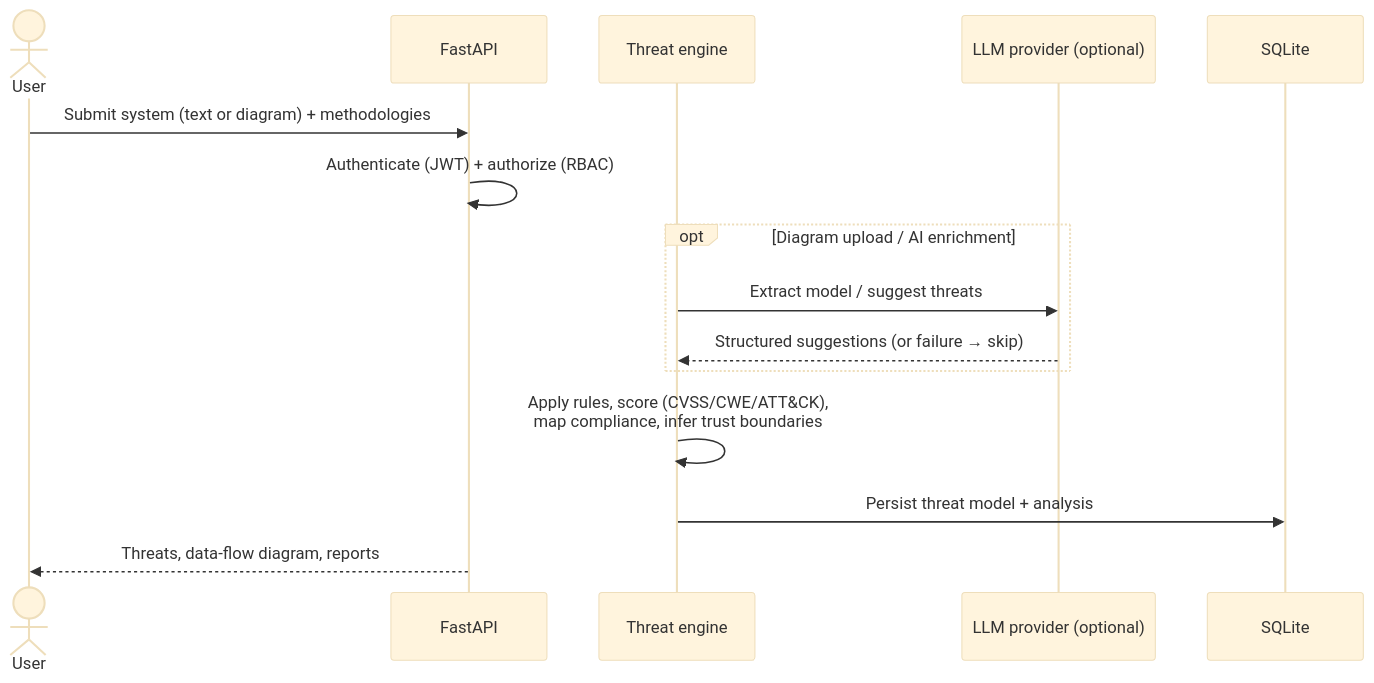
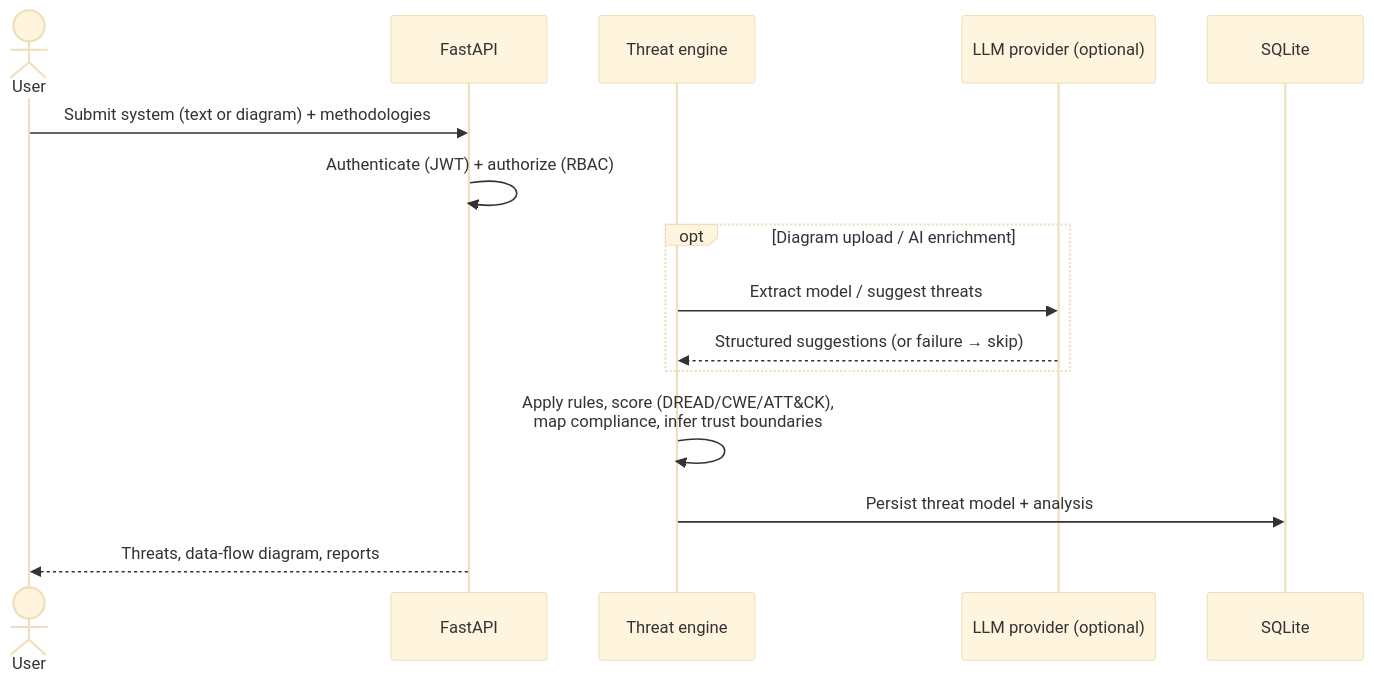
The second of 4 diagrams in ARCHITECTURE.md (rootabhi1/ThreatGuard), drawn with Mermaid (base theme) before and after one commit. The commit also changed other lines of this file and 27 other files, not shown here.

First line of the commit message:
Drop CVSS, complete OWASP LLM Top 10, and grow compliance/ATT&CK mapping (#27)

````diff
--- a/ARCHITECTURE.md
+++ b/ARCHITECTURE.md
@@ -51,18 +51,18 @@
 ```mermaid
 sequenceDiagram
     actor User
     participant API as FastAPI
     participant Eng as Threat engine
     participant LLM as LLM provider (optional)
     participant DB as SQLite
 
     User->>API: Submit system (text or diagram) + methodologies
     API->>API: Authenticate (JWT) + authorize (RBAC)
     opt Diagram upload / AI enrichment
         Eng->>LLM: Extract model / suggest threats
         LLM-->>Eng: Structured suggestions (or failure → skip)
     end
-    Eng->>Eng: Apply rules, score (CVSS/CWE/ATT&CK),<br>map compliance, infer trust boundaries
+    Eng->>Eng: Apply rules, score (DREAD/CWE/ATT&CK),<br>map compliance, infer trust boundaries
     Eng->>DB: Persist threat model + analysis
     API-->>User: Threats, data-flow diagram, reports
 ```
````
